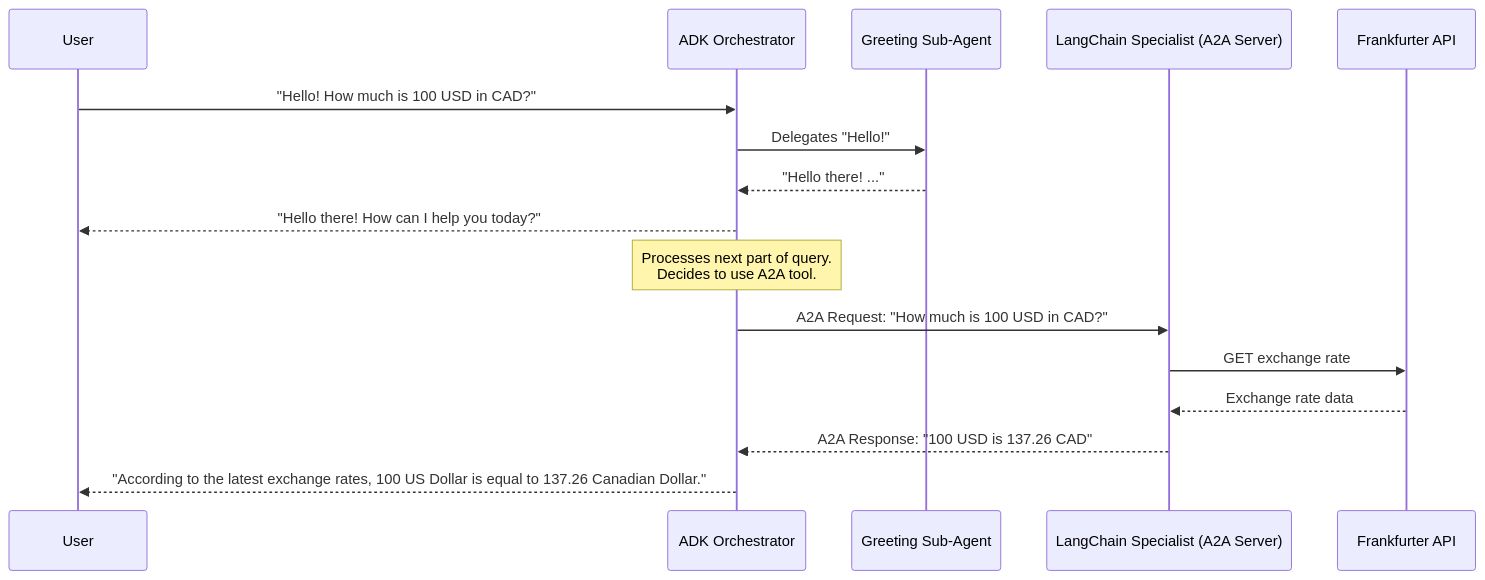
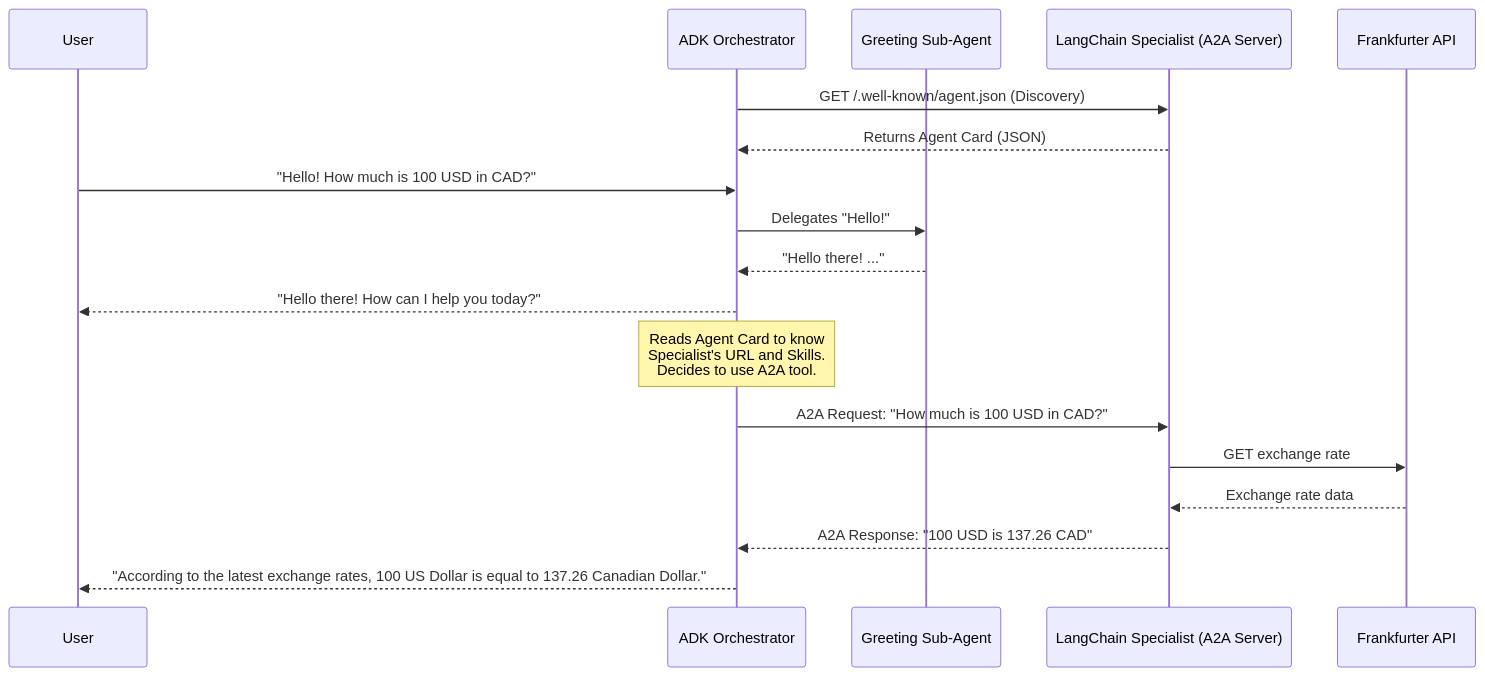
One commit to agulli/distributed_agents_langchain_adk_talking_a2a changed the diagram in README.md. Above: the diagram before and after it, drawn with Mermaid. The commit also changed other lines of this file, not shown here.

````diff
--- a/README.md
+++ b/README.md
@@ -23,27 +23,30 @@
 ```mermaid
 sequenceDiagram
     participant User
     participant ADK Orchestrator
     participant Greeting Sub-Agent
     participant LangChain Specialist (A2A Server)
     participant Frankfurter API
 
+    ADK Orchestrator->>LangChain Specialist (A2A Server): GET /.well-known/agent.json (Discovery)
+    LangChain Specialist (A2A Server)-->>ADK Orchestrator: Returns Agent Card (JSON)
+
     User->>ADK Orchestrator: "Hello! How much is 100 USD in CAD?"
     
     ADK Orchestrator->>Greeting Sub-Agent: Delegates "Hello!"
     Greeting Sub-Agent-->>ADK Orchestrator: "Hello there! ..."
     
     ADK Orchestrator-->>User: "Hello there! How can I help you today?"
 
-    Note over ADK Orchestrator: Processes next part of query. <br/> Decides to use A2A tool.
+    Note over ADK Orchestrator: Reads Agent Card to know <br/> Specialist's URL and Skills. <br/> Decides to use A2A tool.
     
     ADK Orchestrator->>LangChain Specialist (A2A Server): A2A Request: "How much is 100 USD in CAD?"
     
     LangChain Specialist (A2A Server)->>Frankfurter API: GET exchange rate
     Frankfurter API-->>LangChain Specialist (A2A Server): Exchange rate data
     
     LangChain Specialist (A2A Server)-->>ADK Orchestrator: A2A Response: "100 USD is 137.26 CAD"
     
     ADK Orchestrator-->>User: "According to the latest exchange rates, 100 US Dollar is equal to 137.26 Canadian Dollar."
 
 ```
````
